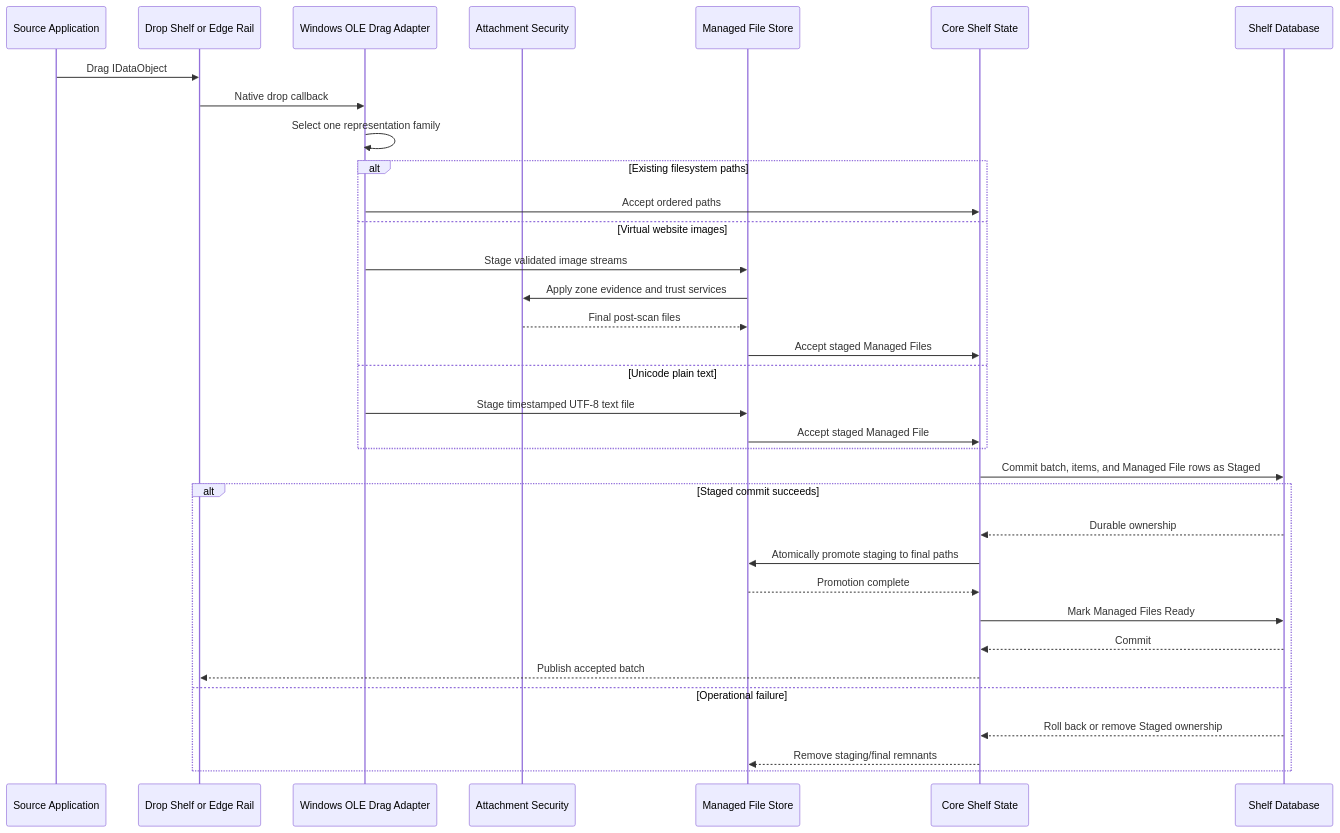
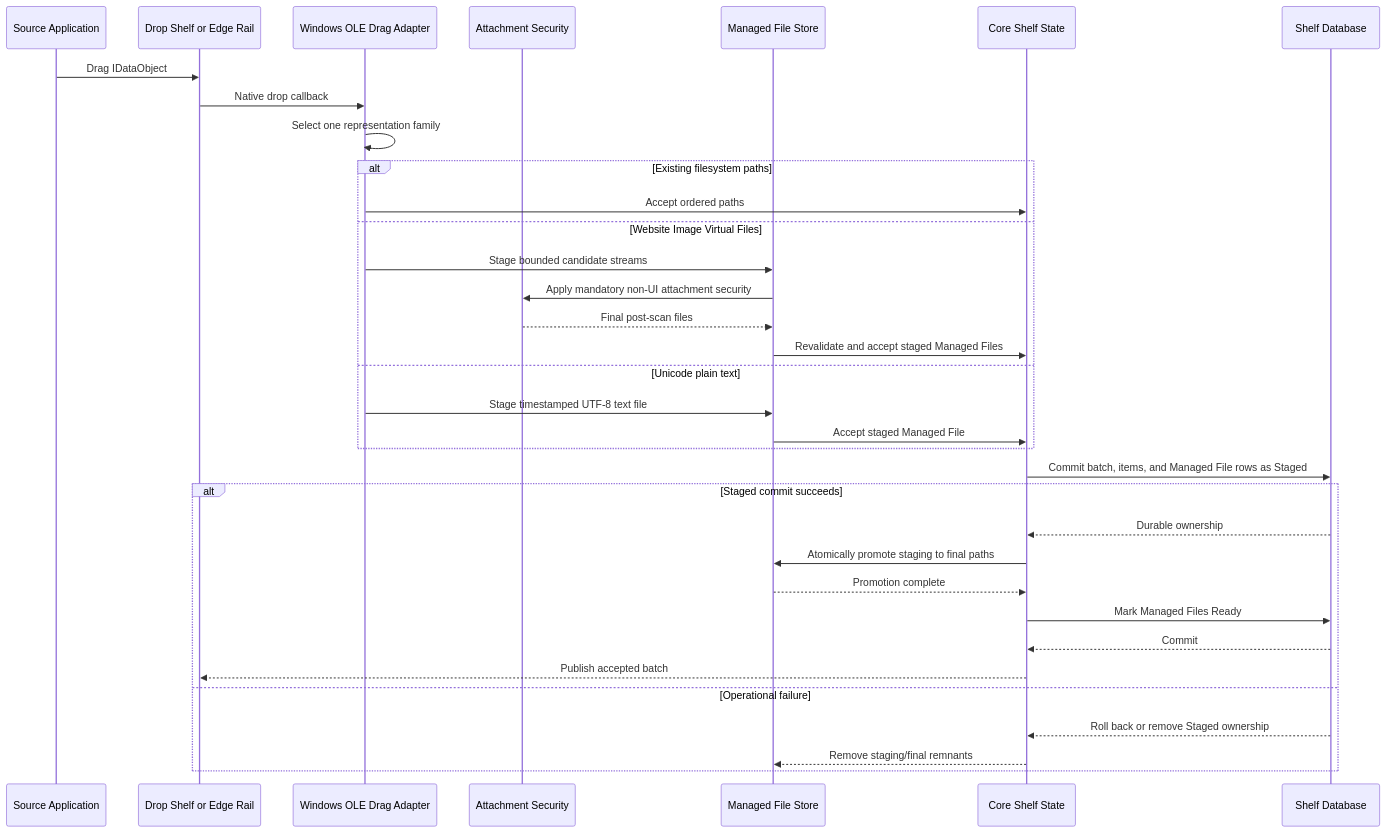
Before and after one commit to HungNth/DropCove: the seventh of 9 diagrams in docs/ARCHITECTURE.md, drawn with Mermaid. The commit also changed other lines of this file and 27 other files, not shown here.

Commit message:
feat(images): add website image virtual-file intake for v0.0.24

````diff
--- a/docs/ARCHITECTURE.md
+++ b/docs/ARCHITECTURE.md
@@ -288,37 +288,37 @@
 ```mermaid
 sequenceDiagram
     participant Source as Source Application
     participant Surface as Drop Shelf or Edge Rail
     participant Adapter as Windows OLE Drag Adapter
     participant Security as Attachment Security
     participant Files as Managed File Store
     participant State as Core Shelf State
     participant DB as Shelf Database
 
     Source->>Surface: Drag IDataObject
     Surface->>Adapter: Native drop callback
     Adapter->>Adapter: Select one representation family
     alt Existing filesystem paths
         Adapter->>State: Accept ordered paths
-    else Virtual website images
-        Adapter->>Files: Stage validated image streams
-        Files->>Security: Apply zone evidence and trust services
+    else Website Image Virtual Files
+        Adapter->>Files: Stage bounded candidate streams
+        Files->>Security: Apply mandatory non-UI attachment security
         Security-->>Files: Final post-scan files
-        Files->>State: Accept staged Managed Files
+        Files->>State: Revalidate and accept staged Managed Files
     else Unicode plain text
         Adapter->>Files: Stage timestamped UTF-8 text file
         Files->>State: Accept staged Managed File
     end
     State->>DB: Commit batch, items, and Managed File rows as Staged
     alt Staged commit succeeds
         DB-->>State: Durable ownership
         State->>Files: Atomically promote staging to final paths
         Files-->>State: Promotion complete
         State->>DB: Mark Managed Files Ready
         DB-->>State: Commit
         State-->>Surface: Publish accepted batch
     else Operational failure
         DB-->>State: Roll back or remove Staged ownership
         State-->>Files: Remove staging/final remnants
     end
 ```
````
